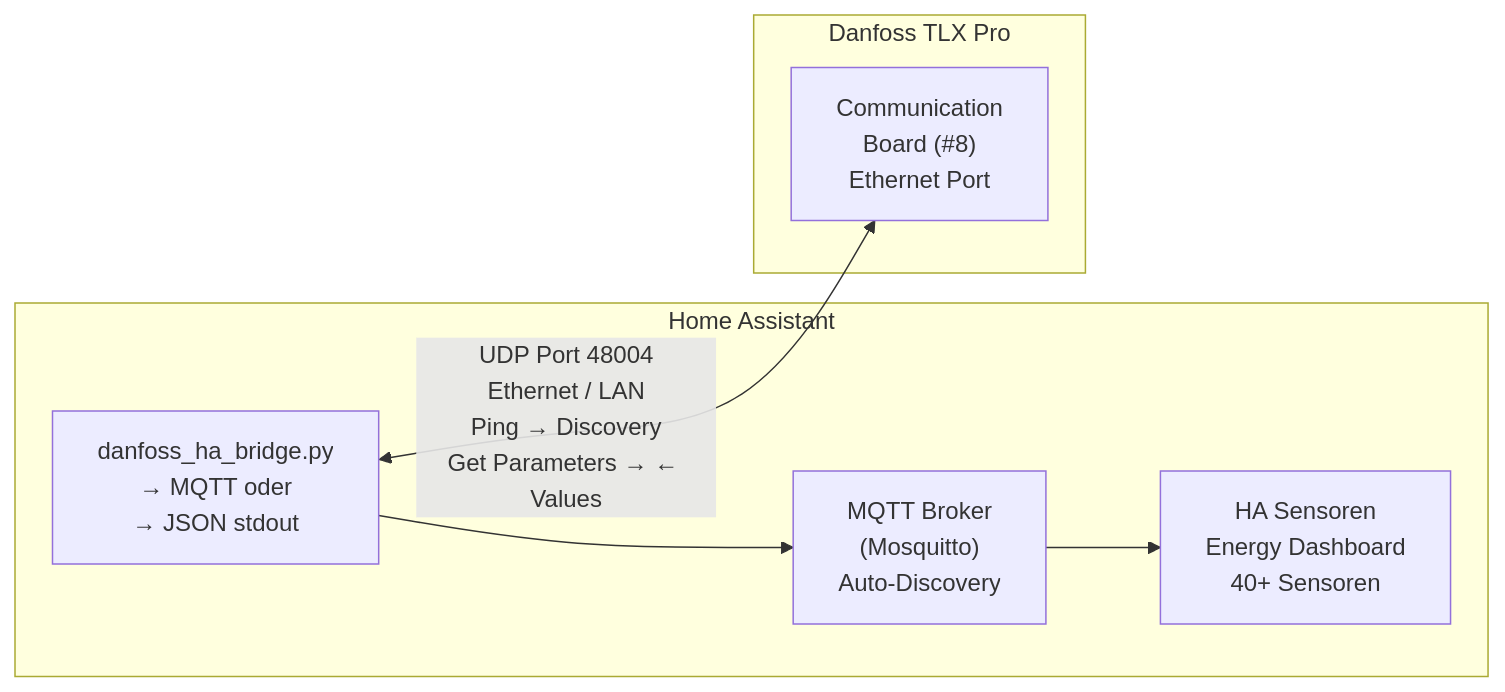
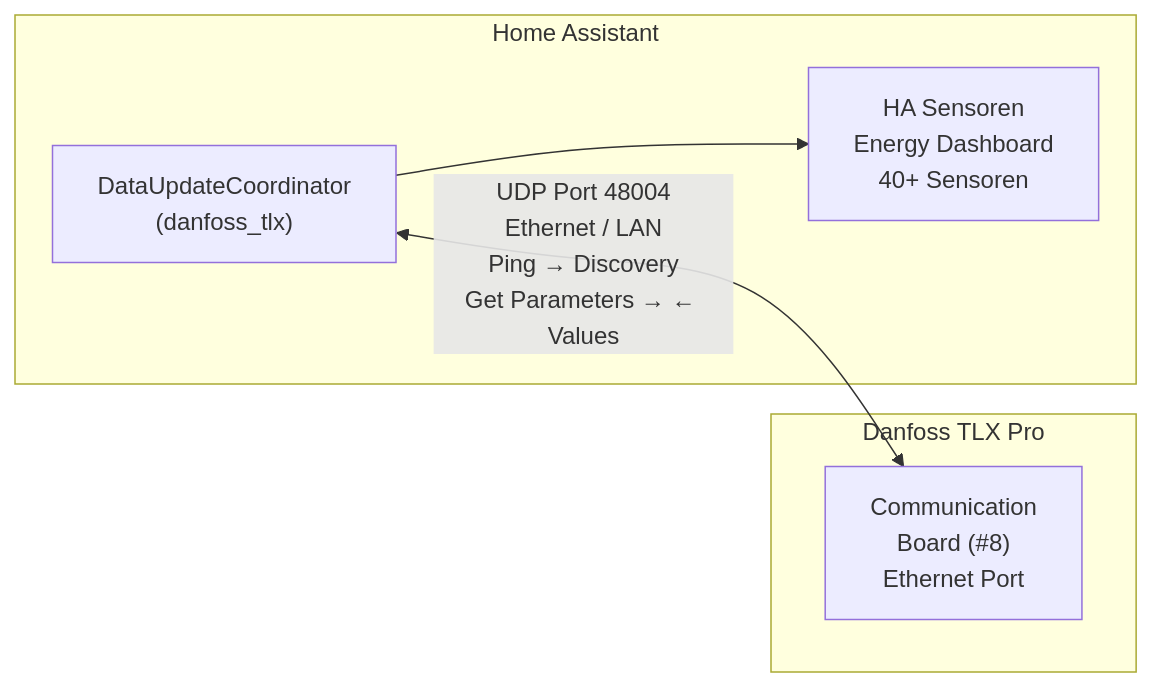
One commit to volschin/Danfoss-TLX-2-HA changed the diagram in README.md. Above: the diagram before and after it, drawn with Mermaid. The commit also changed other lines of this file and 5 other files, not shown here.

First line of the commit message:
chore: remove legacy MQTT bridge files and update docs

````diff
--- a/README.md
+++ b/README.md
@@ -201,15 +201,14 @@
 ```mermaid
 flowchart LR
     subgraph ha["Home Assistant"]
-        bridge["danfoss_ha_bridge.py<br/>→ MQTT oder<br/>→ JSON stdout"]
-        mqtt["MQTT Broker<br/>(Mosquitto)<br/>Auto-Discovery"]
+        coord["DataUpdateCoordinator<br/>(danfoss_tlx)"]
         sensors["HA Sensoren<br/>Energy Dashboard<br/>40+ Sensoren"]
-        bridge --> mqtt --> sensors
+        coord --> sensors
     end
 
     subgraph inverter["Danfoss TLX Pro"]
         comm["Communication<br/>Board (#8)<br/>Ethernet Port"]
     end
 
-    bridge <-- "UDP Port 48004<br/>Ethernet / LAN<br/>Ping → Discovery<br/>Get Parameters → ← Values" --> comm
+    coord <-- "UDP Port 48004<br/>Ethernet / LAN<br/>Ping → Discovery<br/>Get Parameters → ← Values" --> comm
 ```
````
